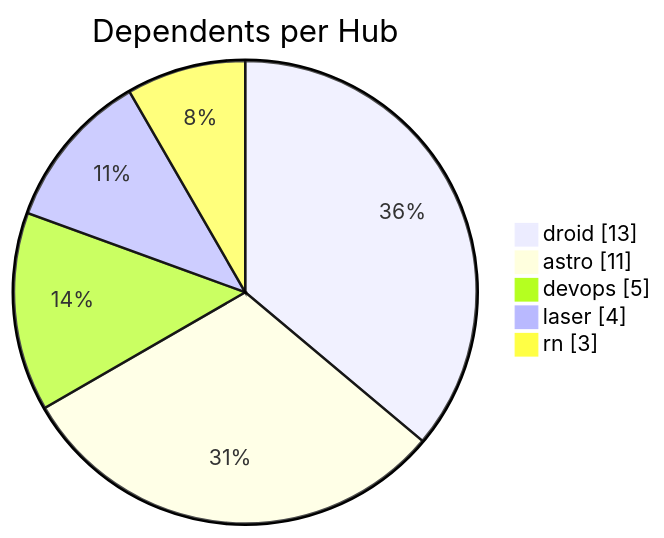
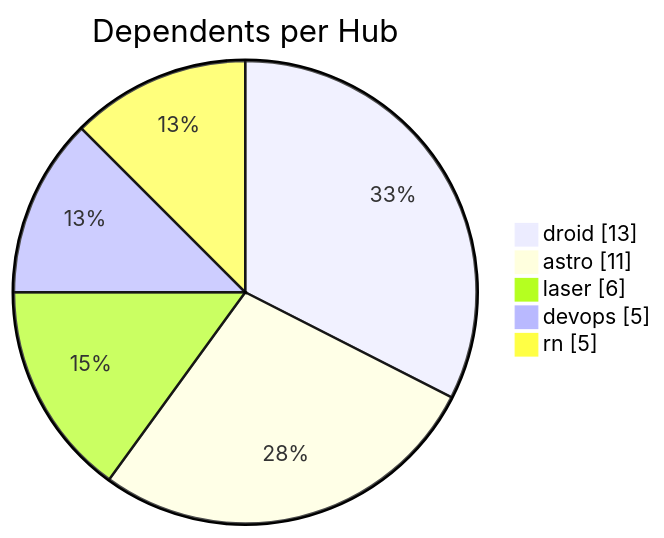
Before and after one commit to KBVE/kbve: the second of 3 diagrams in apps/kbve/astro-kbve/src/content/docs/dashboard/graph.mdx, drawn with Mermaid. The commit also changed other lines of this file and 8 other files, not shown here.

````diff
--- a/apps/kbve/astro-kbve/src/content/docs/dashboard/graph.mdx
+++ b/apps/kbve/astro-kbve/src/content/docs/dashboard/graph.mdx
@@ -66,9 +66,9 @@
 ```mermaid
 pie showData
     title Dependents per Hub
     "droid" : 13
     "astro" : 11
+    "laser" : 6
     "devops" : 5
-    "laser" : 4
-    "rn" : 3
+    "rn" : 5
 ```
````
